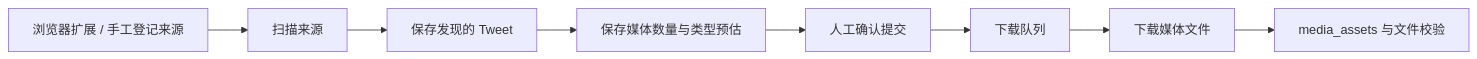
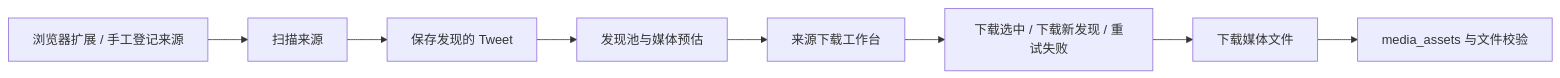
The first of 6 diagrams in docs/source-scanning-workflow.md (namehu/x-media-archiver), drawn with Mermaid before and after one commit. The commit also changed other lines of this file and 28 other files, not shown here.

````diff
--- a/docs/source-scanning-workflow.md
+++ b/docs/source-scanning-workflow.md
@@ -15,10 +15,10 @@
 ```mermaid
 flowchart LR
     A["浏览器扩展 / 手工登记来源"] --> B["扫描来源"]
     B --> C["保存发现的 Tweet"]
-    C --> D["保存媒体数量与类型预估"]
-    D --> E["人工确认提交"]
-    E --> F["下载队列"]
+    C --> D["发现池与媒体预估"]
+    D --> E["来源下载工作台"]
+    E --> F["下载选中 / 下载新发现 / 重试失败"]
     F --> G["下载媒体文件"]
     G --> H["media_assets 与文件校验"]
 ```
````
